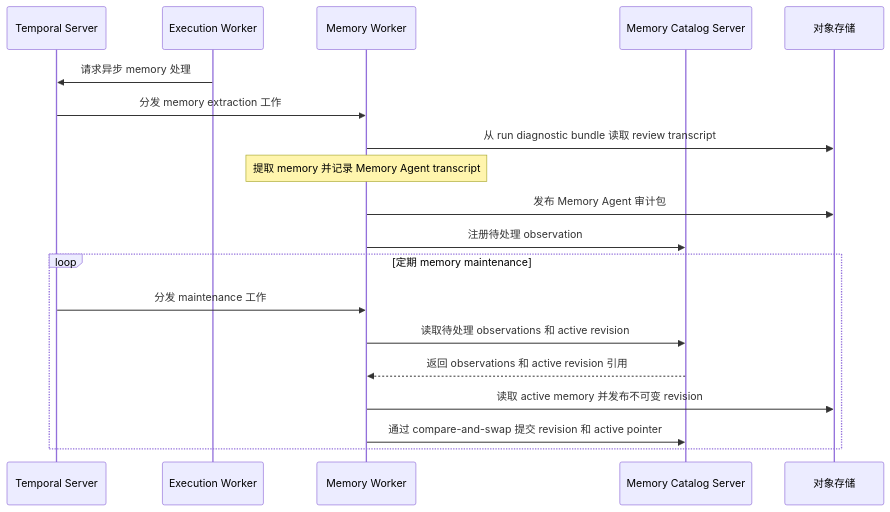
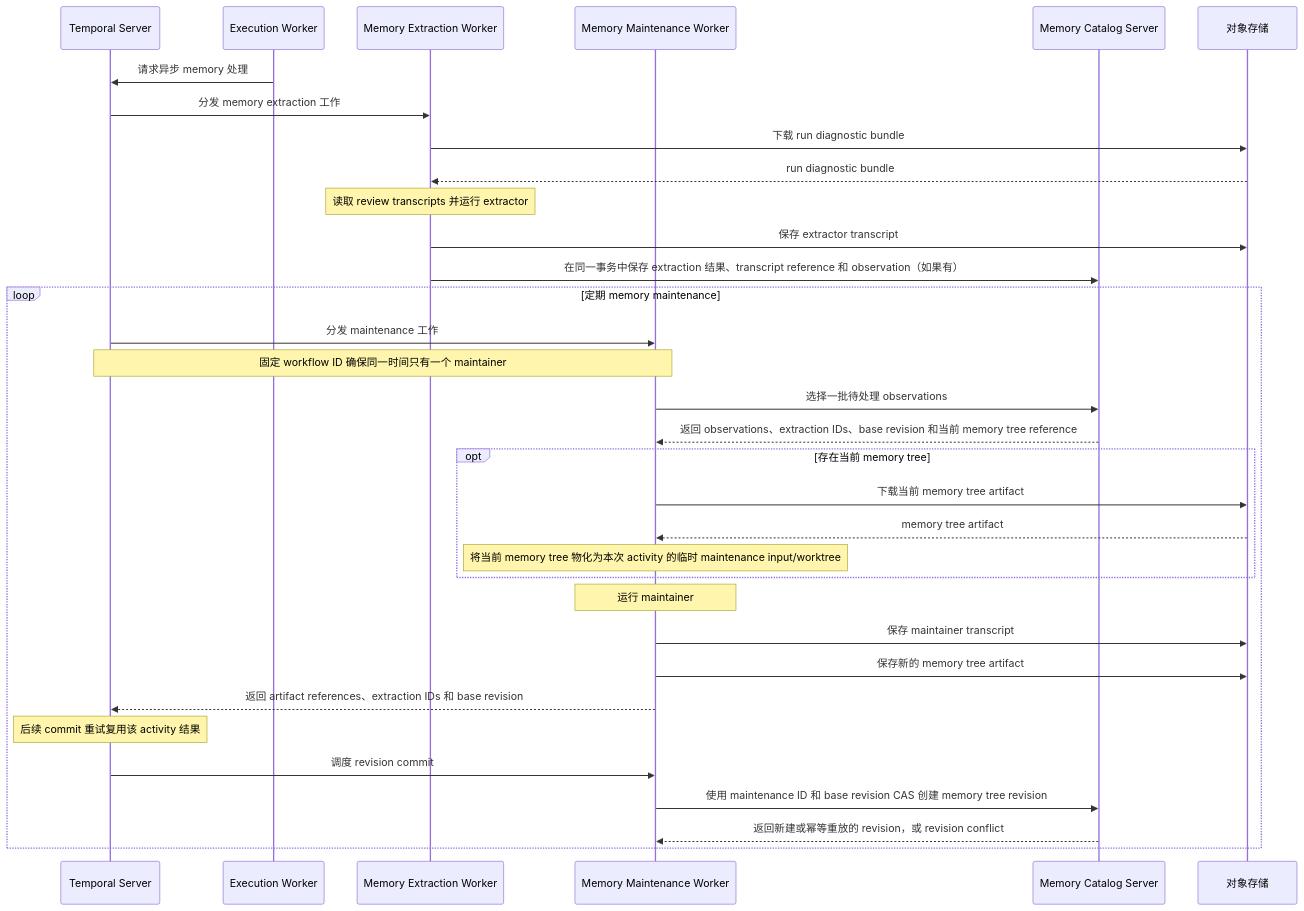
The second of 2 diagrams in docs/architecture/SYSTEM_ARCHITECTURE.zh.md (Agent-AI-Chalmers/sec-review-bot), drawn with Mermaid before and after one commit. The commit also changed other lines of this file and 167 other files, not shown here.

First line of the commit message:
refactor(memory)!: unify catalog-backed memory execution (#156)

````diff
--- a/docs/architecture/SYSTEM_ARCHITECTURE.zh.md
+++ b/docs/architecture/SYSTEM_ARCHITECTURE.zh.md
@@ -65,22 +68,36 @@
 ```mermaid
 sequenceDiagram
   participant Temporal as Temporal Server
   participant ExecutionWorker as Execution Worker
-  participant MemoryWorker as Memory Worker
+  participant ExtractionWorker as Memory Extraction Worker
+  participant MaintenanceWorker as Memory Maintenance Worker
   participant Catalog as Memory Catalog Server
   participant Storage as 对象存储
 
   ExecutionWorker->>Temporal: 请求异步 memory 处理
-  Temporal->>MemoryWorker: 分发 memory extraction 工作
-  MemoryWorker->>Storage: 从 run diagnostic bundle 读取 review transcript
-  Note over MemoryWorker: 提取 memory 并记录 Memory Agent transcript
-  MemoryWorker->>Storage: 发布 Memory Agent 审计包
-  MemoryWorker->>Catalog: 注册待处理 observation
+  Temporal->>ExtractionWorker: 分发 memory extraction 工作
+  ExtractionWorker->>Storage: 下载 run diagnostic bundle
+  Storage-->>ExtractionWorker: run diagnostic bundle
+  Note over ExtractionWorker: 读取 review transcripts 并运行 extractor
+  ExtractionWorker->>Storage: 保存 extractor transcript
+  ExtractionWorker->>Catalog: 在同一事务中保存 extraction 结果、transcript reference 和 observation（如果有）
   loop 定期 memory maintenance
-    Temporal->>MemoryWorker: 分发 maintenance 工作
-    MemoryWorker->>Catalog: 读取待处理 observations 和 active revision
-    Catalog-->>MemoryWorker: 返回 observations 和 active revision 引用
-    MemoryWorker->>Storage: 读取 active memory 并发布不可变 revision
-    MemoryWorker->>Catalog: 通过 compare-and-swap 提交 revision 和 active pointer
+    Temporal->>MaintenanceWorker: 分发 maintenance 工作
+    Note over Temporal,MaintenanceWorker: 固定 workflow ID 确保同一时间只有一个 maintainer
+    MaintenanceWorker->>Catalog: 选择一批待处理 observations
+    Catalog-->>MaintenanceWorker: 返回 observations、extraction IDs、base revision 和当前 memory tree reference
+    opt 存在当前 memory tree
+      MaintenanceWorker->>Storage: 下载当前 memory tree artifact
+      Storage-->>MaintenanceWorker: memory tree artifact
+      Note over MaintenanceWorker: 将当前 memory tree 物化为本次 activity 的临时 maintenance input/worktree
+    end
+    Note over MaintenanceWorker: 运行 maintainer
+    MaintenanceWorker->>Storage: 保存 maintainer transcript
+    MaintenanceWorker->>Storage: 保存新的 memory tree artifact
+    MaintenanceWorker-->>Temporal: 返回 artifact references、extraction IDs 和 base revision
+    Note over Temporal: 后续 commit 重试复用该 activity 结果
+    Temporal->>MaintenanceWorker: 调度 revision commit
+    MaintenanceWorker->>Catalog: 使用 maintenance ID 和 base revision CAS 创建 memory tree revision
+    Catalog-->>MaintenanceWorker: 返回新建或幂等重放的 revision，或 revision conflict
   end
 ```
````
